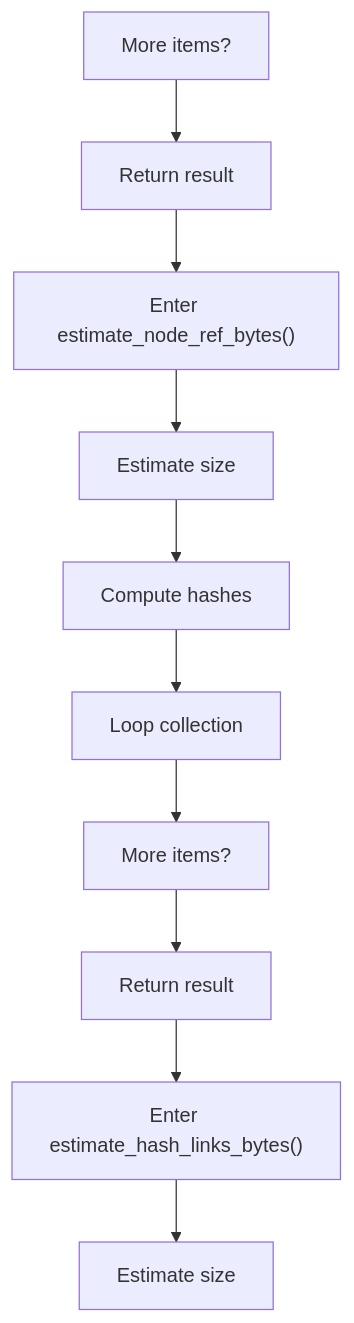
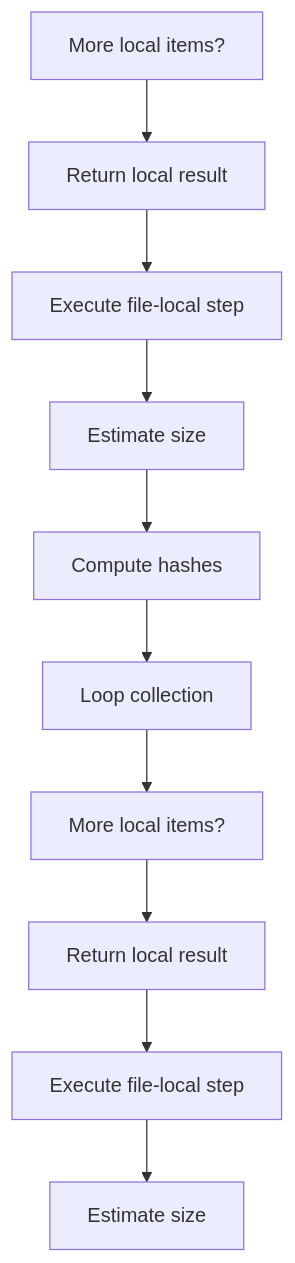
One commit to JohnAndrewBalbarosa/NeoTerritory changed the seventh of 8 diagrams in docs/Codebase/Microservice/Modules/Source/OutputGeneration/UnitTestGeneration/Flow/algorithm_pipeline_program_flow_01.cpp.md. Above: the diagram before and after it, drawn with Mermaid. The commit also changed other lines of this file and 925 other files, not shown here.

````diff
--- a/docs/Codebase/Microservice/Modules/Source/OutputGeneration/UnitTestGeneration/Flow/algorithm_pipeline_program_flow_01.cpp.md
+++ b/docs/Codebase/Microservice/Modules/Source/OutputGeneration/UnitTestGeneration/Flow/algorithm_pipeline_program_flow_01.cpp.md
@@ -171,22 +171,22 @@
 ```mermaid
 flowchart TD
-    N0["More items?"]
-    N1["Return result"]
-    N2["Enter estimate_node_ref_bytes()"]
+    N0["More local items?"]
+    N1["Return local result"]
+    N2["Execute file-local step"]
     N3["Estimate size"]
     N4["Compute hashes"]
     N5["Loop collection"]
-    N6["More items?"]
-    N7["Return result"]
-    N8["Enter estimate_hash_links_bytes()"]
+    N6["More local items?"]
+    N7["Return local result"]
+    N8["Execute file-local step"]
     N9["Estimate size"]
     N0 --> N1
     N1 --> N2
     N2 --> N3
     N3 --> N4
     N4 --> N5
     N5 --> N6
     N6 --> N7
     N7 --> N8
     N8 --> N9
 ```
````
